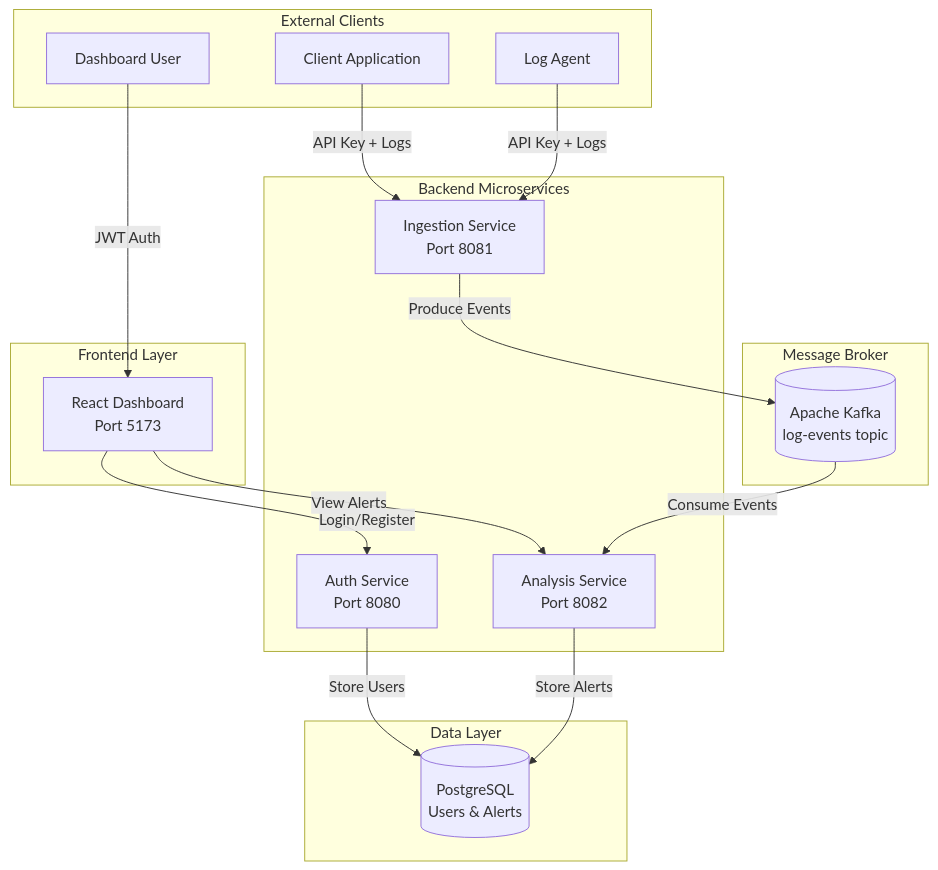
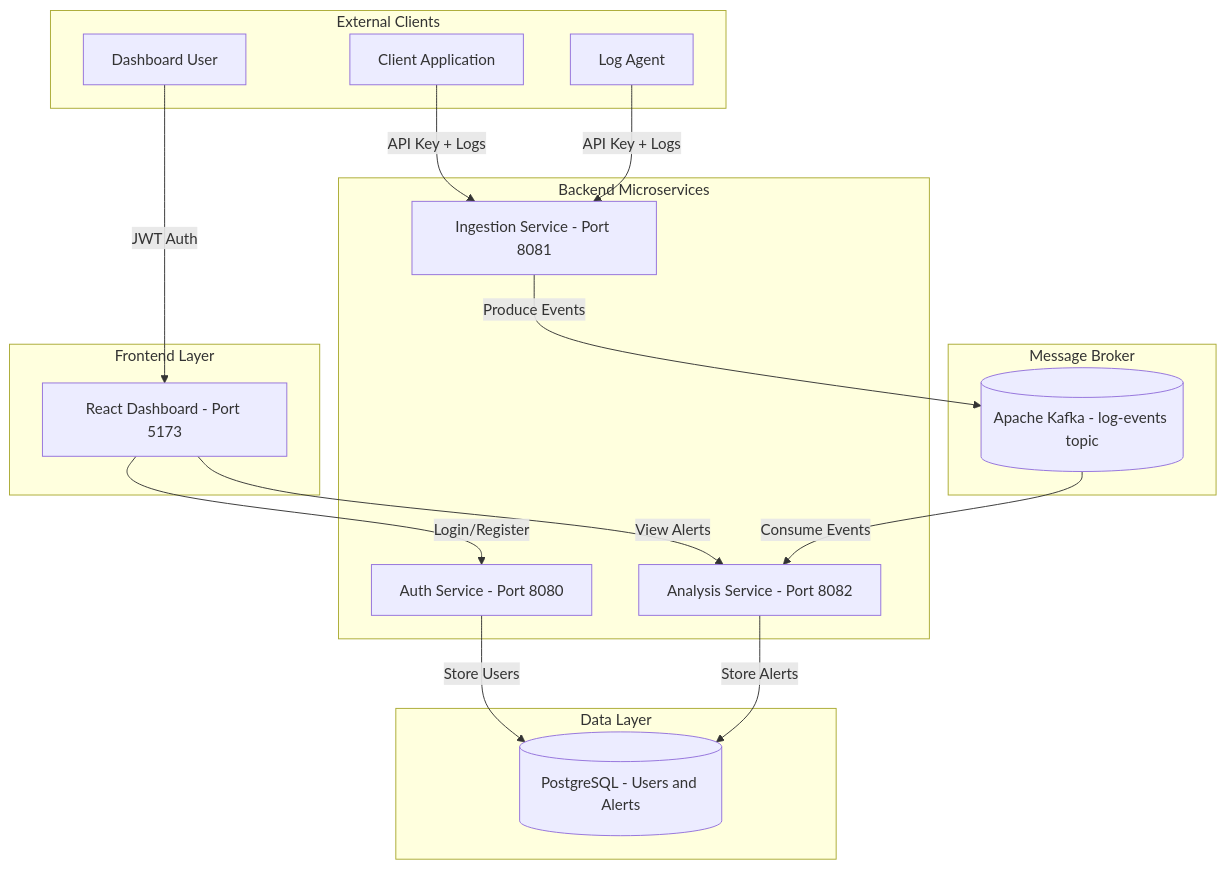
Before and after one commit to MeniToledano/loganomaly: the first of 2 diagrams in README.md, drawn with Mermaid.

Commit message:
implement ingestion service

````diff
--- a/README.md
+++ b/README.md
@@ -20,38 +20,38 @@
 ```mermaid
 flowchart TB
     subgraph clients [External Clients]
         User[Dashboard User]
         App1[Client Application]
         App2[Log Agent]
     end
 
     subgraph frontend [Frontend Layer]
-        UI[React Dashboard\nPort 5173]
+        UI[React Dashboard - Port 5173]
     end
 
     subgraph backend [Backend Microservices]
-        Auth[Auth Service\nPort 8080]
-        Ingestion[Ingestion Service\nPort 8081]
-        Analysis[Analysis Service\nPort 8082]
+        Auth[Auth Service - Port 8080]
+        Ingestion[Ingestion Service - Port 8081]
+        Analysis[Analysis Service - Port 8082]
     end
 
     subgraph messaging [Message Broker]
-        Kafka[(Apache Kafka\nlog-events topic)]
+        Kafka[(Apache Kafka - log-events topic)]
     end
 
     subgraph storage [Data Layer]
-        Postgres[(PostgreSQL\nUsers & Alerts)]
+        Postgres[(PostgreSQL - Users and Alerts)]
     end
 
     User -->|JWT Auth| UI
     UI -->|Login/Register| Auth
     UI -->|View Alerts| Analysis
     
     App1 -->|API Key + Logs| Ingestion
     App2 -->|API Key + Logs| Ingestion
     
     Auth -->|Store Users| Postgres
     Ingestion -->|Produce Events| Kafka
     Kafka -->|Consume Events| Analysis
     Analysis -->|Store Alerts| Postgres
 ```
````
